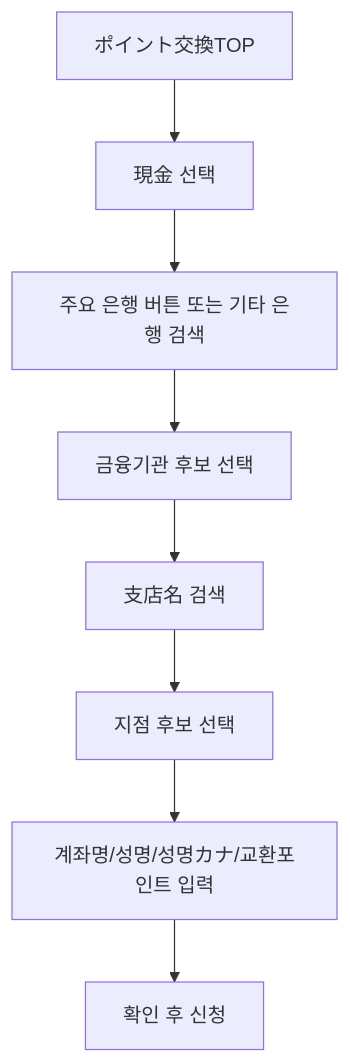
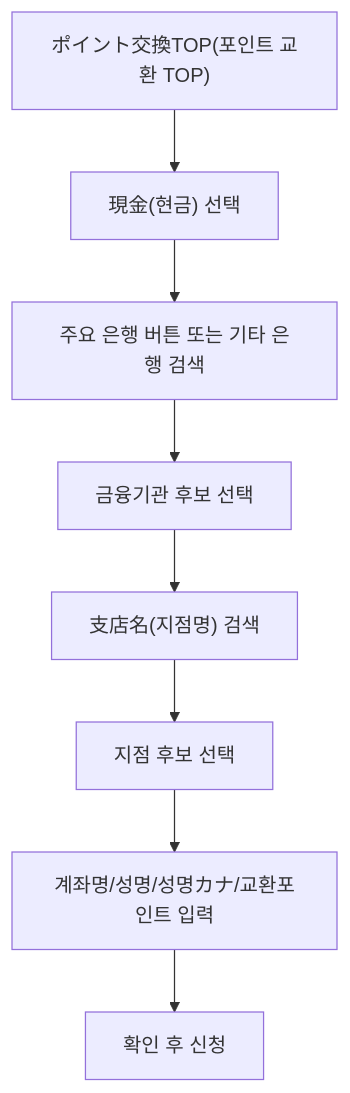
The eighth of 11 diagrams in reports/japan-apptech-reward-bank-benchmark-report.md (dongwonlee222/golden-goose-report), drawn with Mermaid before and after one commit. The commit also changed other lines of this file and 1 other file, not shown here.

````diff
--- a/reports/japan-apptech-reward-bank-benchmark-report.md
+++ b/reports/japan-apptech-reward-bank-benchmark-report.md
@@ -231,10 +231,10 @@
 ```mermaid
 flowchart TD
-  A["ポイント交換TOP"] --> B["現金 선택"]
+  A["ポイント交換TOP(포인트 교환 TOP)"] --> B["現金(현금) 선택"]
   B --> C["주요 은행 버튼 또는 기타 은행 검색"]
   C --> D["금융기관 후보 선택"]
-  D --> E["支店名 검색"]
+  D --> E["支店名(지점명) 검색"]
   E --> F["지점 후보 선택"]
   F --> G["계좌명/성명/성명カナ/교환포인트 입력"]
   G --> H["확인 후 신청"]
 ```
````
